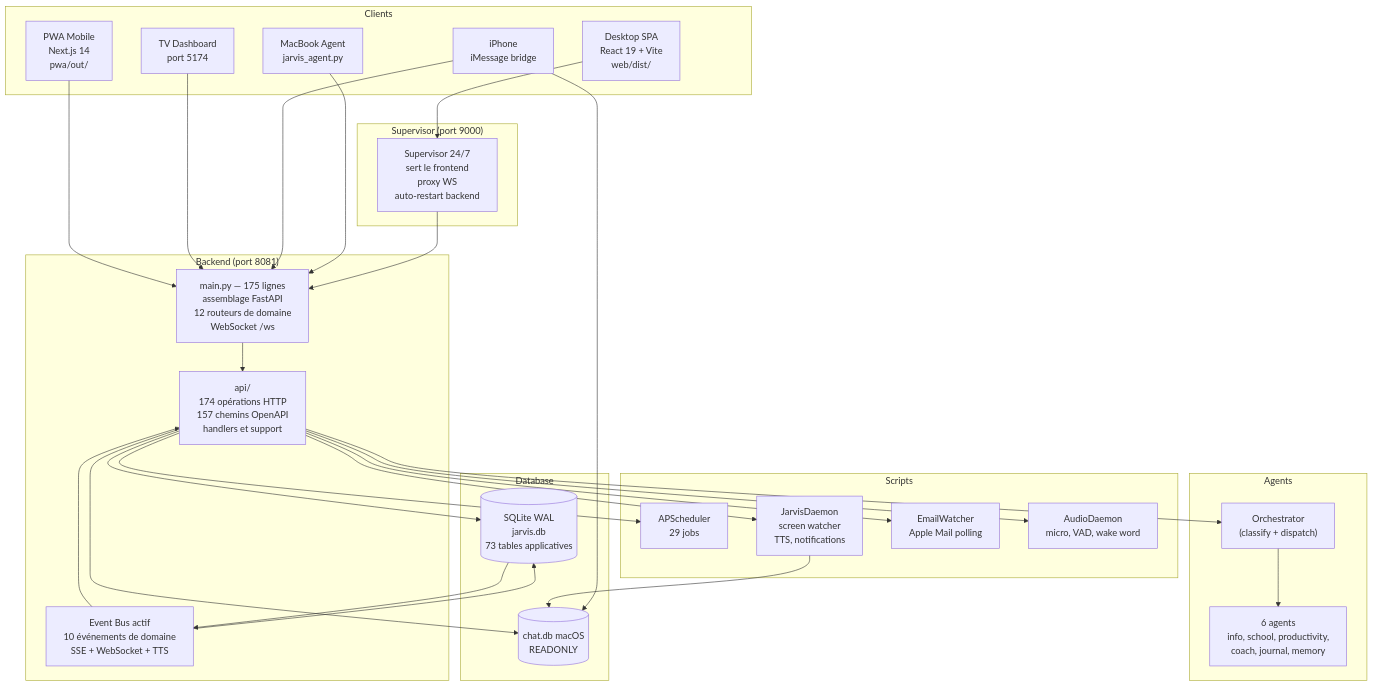
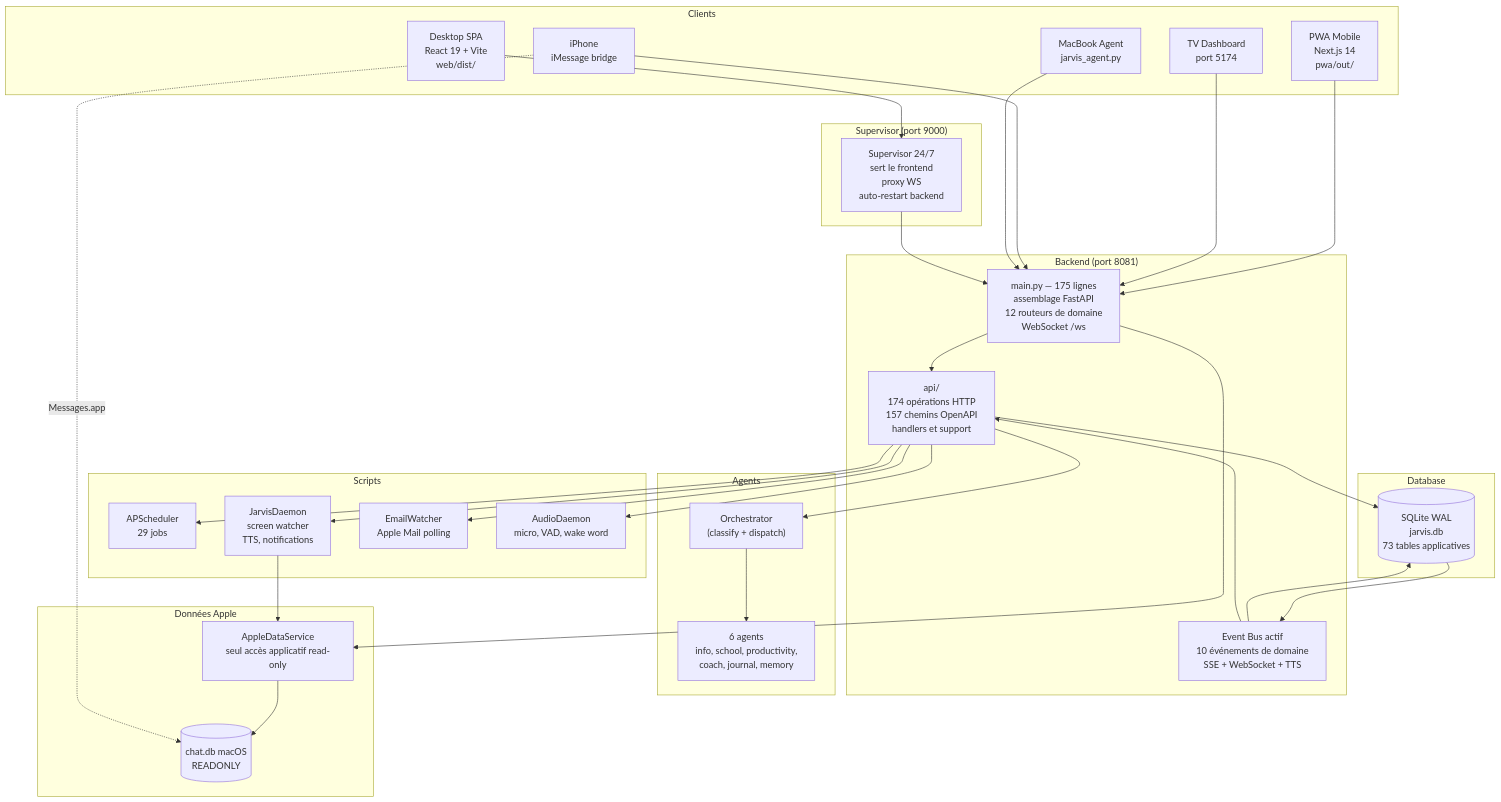
Before and after one commit to AVTAVANTTOUT2/JarvisAPI: the first of 2 diagrams in Architecture/INDEX.md, drawn with Mermaid. The commit also changed other lines of this file and 19 other files, not shown here.

Commit message:
docs: close phase 5 apple data service

````diff
--- a/Architecture/INDEX.md
+++ b/Architecture/INDEX.md
@@ -97,58 +97,63 @@
 ```mermaid
 graph TB
     subgraph "Clients"
         DESKTOP["Desktop SPA<br/>React 19 + Vite<br/>web/dist/"]
         MOBILE["PWA Mobile<br/>Next.js 14<br/>pwa/out/"]
         TV["TV Dashboard<br/>port 5174"]
         IMESSAGE["iPhone<br/>iMessage bridge"]
         AGENT["MacBook Agent<br/>jarvis_agent.py"]
     end
 
     subgraph "Supervisor (port 9000)"
         SUP["Supervisor 24/7<br/>sert le frontend<br/>proxy WS<br/>auto-restart backend"]
     end
 
     subgraph "Backend (port 8081)"
         MAIN["main.py — 175 lignes<br/>assemblage FastAPI<br/>12 routeurs de domaine<br/>WebSocket /ws"]
         API["api/<br/>174 opérations HTTP<br/>157 chemins OpenAPI<br/>handlers et support"]
         BUS["Event Bus actif<br/>10 événements de domaine<br/>SSE + WebSocket + TTS"]
     end
 
     subgraph "Agents"
         ORCH["Orchestrator<br/>(classify + dispatch)"]
         AG["6 agents<br/>info, school, productivity,<br/>coach, journal, memory"]
     end
 
     subgraph "Database"
         DB[(SQLite WAL<br/>jarvis.db<br/>73 tables applicatives)]
+    end
+
+    subgraph "Données Apple"
+        APPLE["AppleDataService<br/>seul accès applicatif read-only"]
         CHATDB[(chat.db macOS<br/>READONLY)]
     end
 
     subgraph "Scripts"
         SCHED["APScheduler<br/>29 jobs"]
         DAEMON["JarvisDaemon<br/>screen watcher<br/>TTS, notifications"]
         EMAILW["EmailWatcher<br/>Apple Mail polling"]
         AUDIOD["AudioDaemon<br/>micro, VAD, wake word"]
     end
 
     DESKTOP --> SUP
     MOBILE --> MAIN
     TV --> MAIN
     IMESSAGE --> MAIN
     AGENT --> MAIN
     SUP --> MAIN
     MAIN --> API
     API --> ORCH
     ORCH --> AG
     API --> DB
     DB --> BUS
     BUS --> DB
     BUS --> API
     API --> SCHED
     API --> DAEMON
     API --> EMAILW
     API --> AUDIOD
-    DAEMON --> CHATDB
-    IMESSAGE --> CHATDB
-    API --> CHATDB
+    MAIN --> APPLE
+    DAEMON --> APPLE
+    APPLE --> CHATDB
+    IMESSAGE -. "Messages.app" .-> CHATDB
 ```
````
